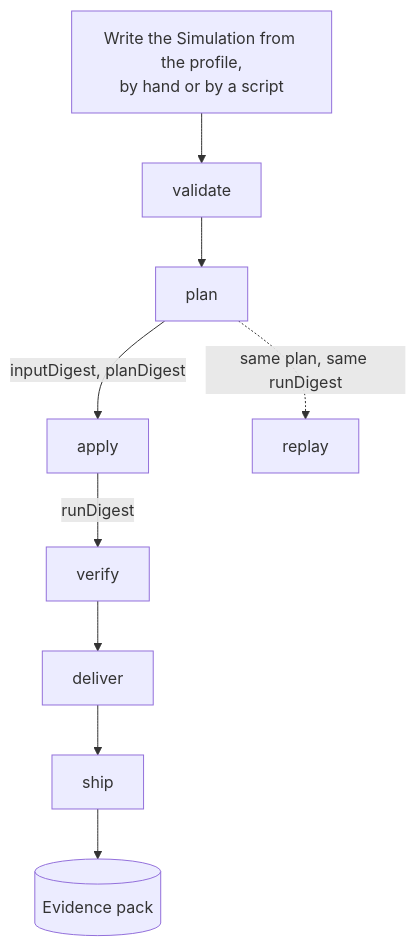
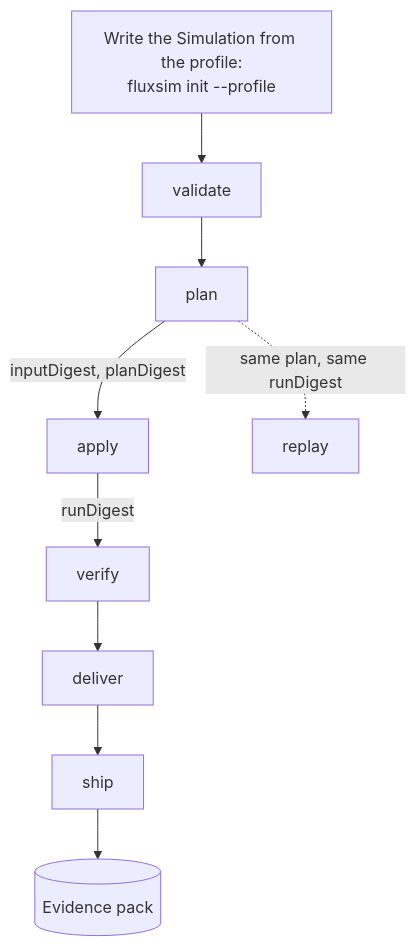
One commit to Agenticstiger/flux changed the fourth of 4 diagrams in docs/engine/explanation/architecture.md. Above: the diagram before and after it, drawn with Mermaid. The commit also changed other lines of this file and 24 other files, not shown here.

````diff
--- a/docs/engine/explanation/architecture.md
+++ b/docs/engine/explanation/architecture.md
@@ -169,17 +169,17 @@
 ```mermaid
 flowchart TB
-  author["Write the Simulation from the profile,<br/>by hand or by a script"]
+  author["Write the Simulation from the profile:<br/>fluxsim init --profile"]
   validate["validate"]
   plan["plan"]
   apply["apply"]
   verify["verify"]
   deliver["deliver"]
   ship["ship"]
   pack[("Evidence pack")]
   replay["replay"]
   author --> validate --> plan
   plan -- "inputDigest, planDigest" --> apply
   apply -- "runDigest" --> verify
   verify --> deliver --> ship --> pack
   plan -. "same plan, same runDigest" .-> replay
 ```
````
